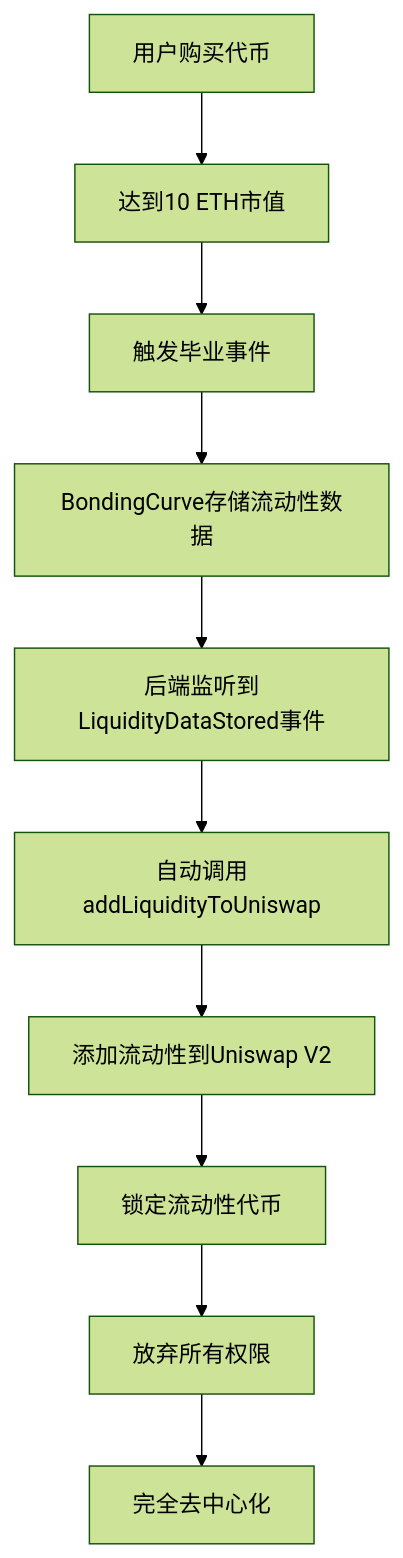
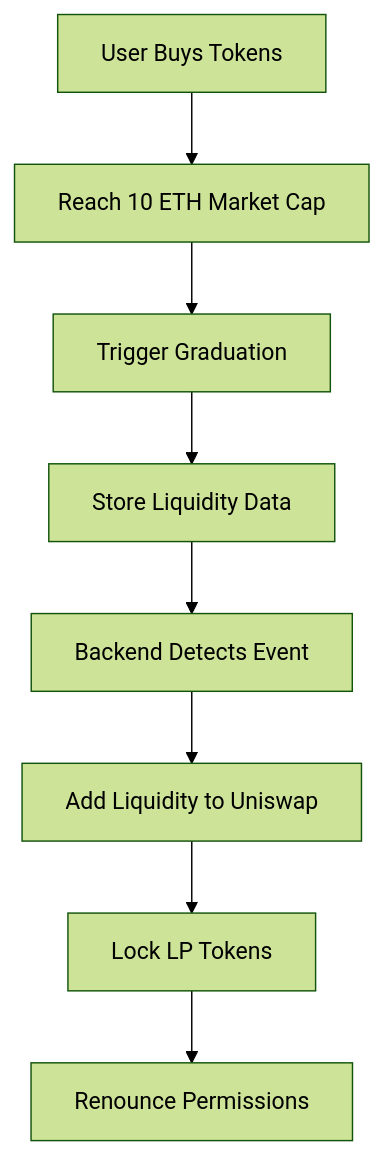
Before and after one commit to 0xSnickers/0xcafedotfun: the diagram in README.md, drawn with Mermaid (forest theme). The commit also changed other lines of this file, not shown here.

````diff
--- a/README.md
+++ b/README.md
@@ -138,12 +93,10 @@
 ```mermaid
 graph TD
-    A[用户购买代币] --> B[达到10 ETH市值]
-    B --> C[触发毕业事件]
-    C --> D[BondingCurve存储流动性数据]
-    D --> E[后端监听到LiquidityDataStored事件]
-    E --> F[自动调用addLiquidityToUniswap]
-    F --> G[添加流动性到Uniswap V2]
-    G --> H[锁定流动性代币]
-    H --> I[放弃所有权限]
-    I --> J[完全去中心化]
+    A[User Buys Tokens] --> B[Reach 10 ETH Market Cap]
+    B --> C[Trigger Graduation]
+    C --> D[Store Liquidity Data]
+    D --> E[Backend Detects Event]
+    E --> F[Add Liquidity to Uniswap]
+    F --> G[Lock LP Tokens]
+    G --> H[Renounce Permissions]
 ```
````
